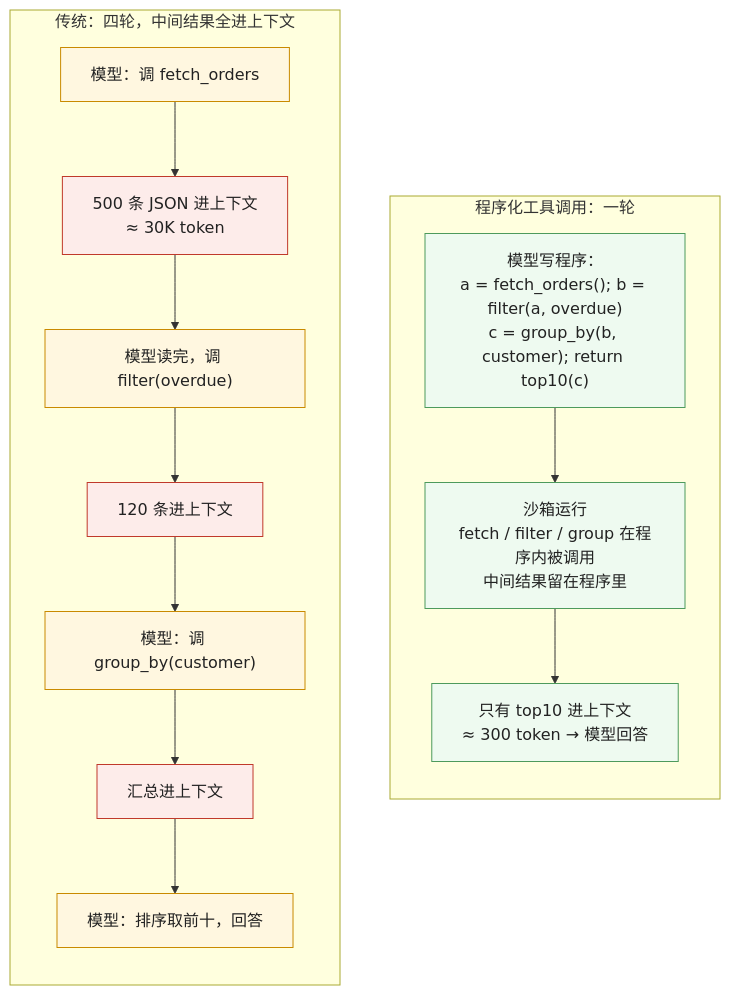
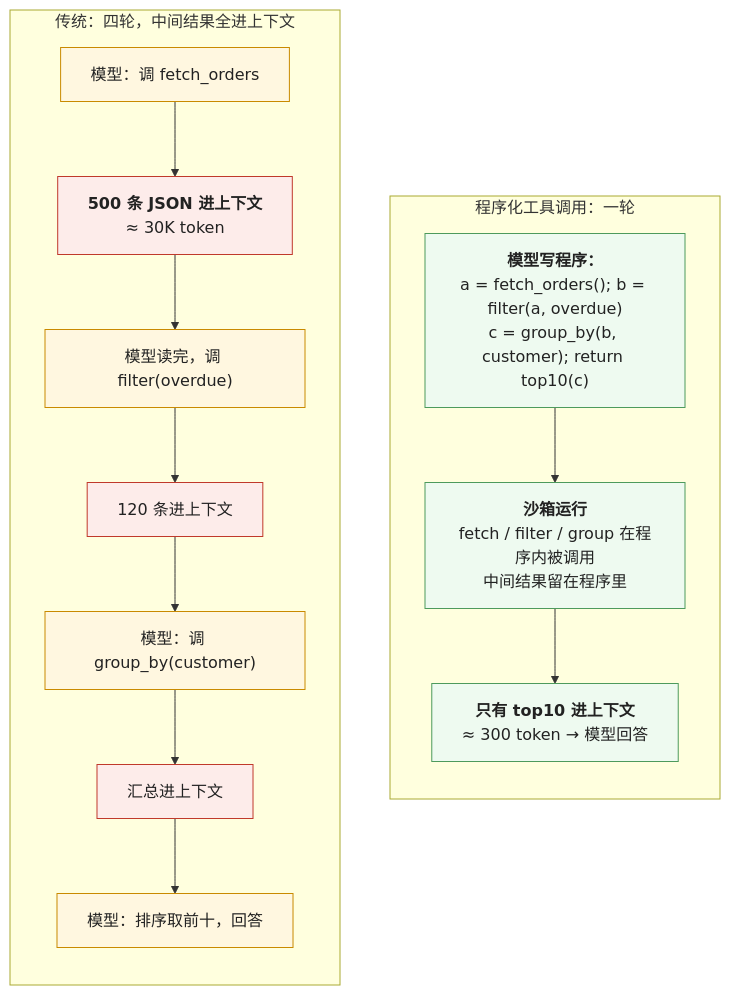
The fifth of 5 diagrams in _posts/2026-10-22-tool-calling-mcp-tool-search-and-programmatic-tool-calling.md (arganzheng/arganzheng.github.com), drawn with Mermaid before and after one commit. The commit also changed other lines of this file and 9 other files, not shown here.

First line of the commit message:
工具、Agent 与 harness：模型怎么从回答变成做事：Mermaid 多行方框的首行标为标题（10 篇）

````diff
--- a/_posts/2026-10-22-tool-calling-mcp-tool-search-and-programmatic-tool-calling.md
+++ b/_posts/2026-10-22-tool-calling-mcp-tool-search-and-programmatic-tool-calling.md
@@ -209,19 +209,19 @@
 ```mermaid
 %% 图：同一个任务（500 条订单 → 过滤逾期 → 按客户汇总 → 前十）两种做法——传统工具调用四轮，每轮的中间结果（500 条 JSON、过滤后的、汇总后的）都进上下文，几万 token；程序化工具调用一轮：模型写一段程序在沙箱里调 fetch / filter / group / top10，中间结果留在程序里，只有前十进上下文，几百 token
 flowchart LR
     subgraph TRAD["传统：四轮，中间结果全进上下文"]
         direction TB
-        T1["模型：调 fetch_orders"] --> T2["500 条 JSON 进上下文<br/>≈ 30K token"] --> T3["模型读完，调 filter(overdue)"] --> T4["120 条进上下文"] --> T5["模型：调 group_by(customer)"] --> T6["汇总进上下文"] --> T7["模型：排序取前十，回答"]
+        T1["模型：调 fetch_orders"] --> T2["<b>500 条 JSON 进上下文</b><br/>≈ 30K token"] --> T3["模型读完，调 filter(overdue)"] --> T4["120 条进上下文"] --> T5["模型：调 group_by(customer)"] --> T6["汇总进上下文"] --> T7["模型：排序取前十，回答"]
     end
     subgraph PTC["程序化工具调用：一轮"]
         direction TB
-        P1["模型写程序：<br/>a = fetch_orders(); b = filter(a, overdue)<br/>c = group_by(b, customer); return top10(c)"] --> P2["沙箱运行<br/>fetch / filter / group 在程序内被调用<br/>中间结果留在程序里"] --> P3["只有 top10 进上下文<br/>≈ 300 token → 模型回答"]
+        P1["<b>模型写程序：</b><br/>a = fetch_orders(); b = filter(a, overdue)<br/>c = group_by(b, customer); return top10(c)"] --> P2["<b>沙箱运行</b><br/>fetch / filter / group 在程序内被调用<br/>中间结果留在程序里"] --> P3["<b>只有 top10 进上下文</b><br/>≈ 300 token → 模型回答"]
     end
     TRAD ~~~ PTC
     classDef bad fill:#fdecea,stroke:#c0392b,color:#222
     classDef n fill:#fff7e0,stroke:#c98a00,color:#222
     classDef ok fill:#eefaf0,stroke:#4d9a5c,color:#222
     class T1,T3,T5,T7 n
     class T2,T4,T6 bad
     class P1,P2,P3 ok
 ```
````
